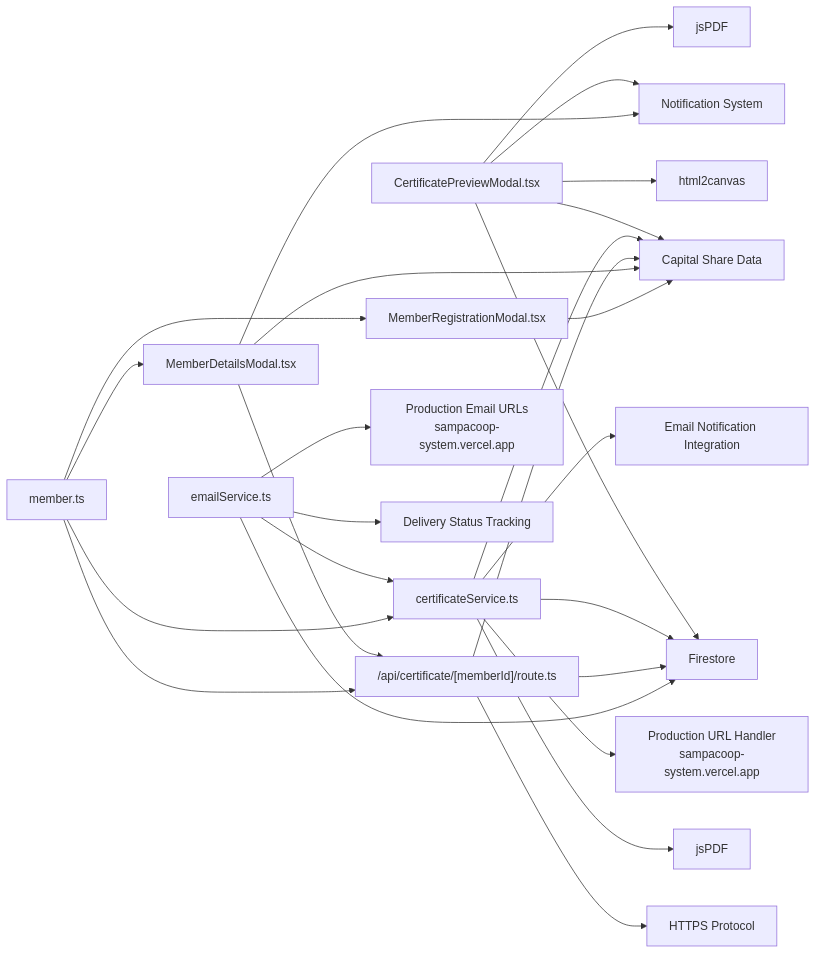
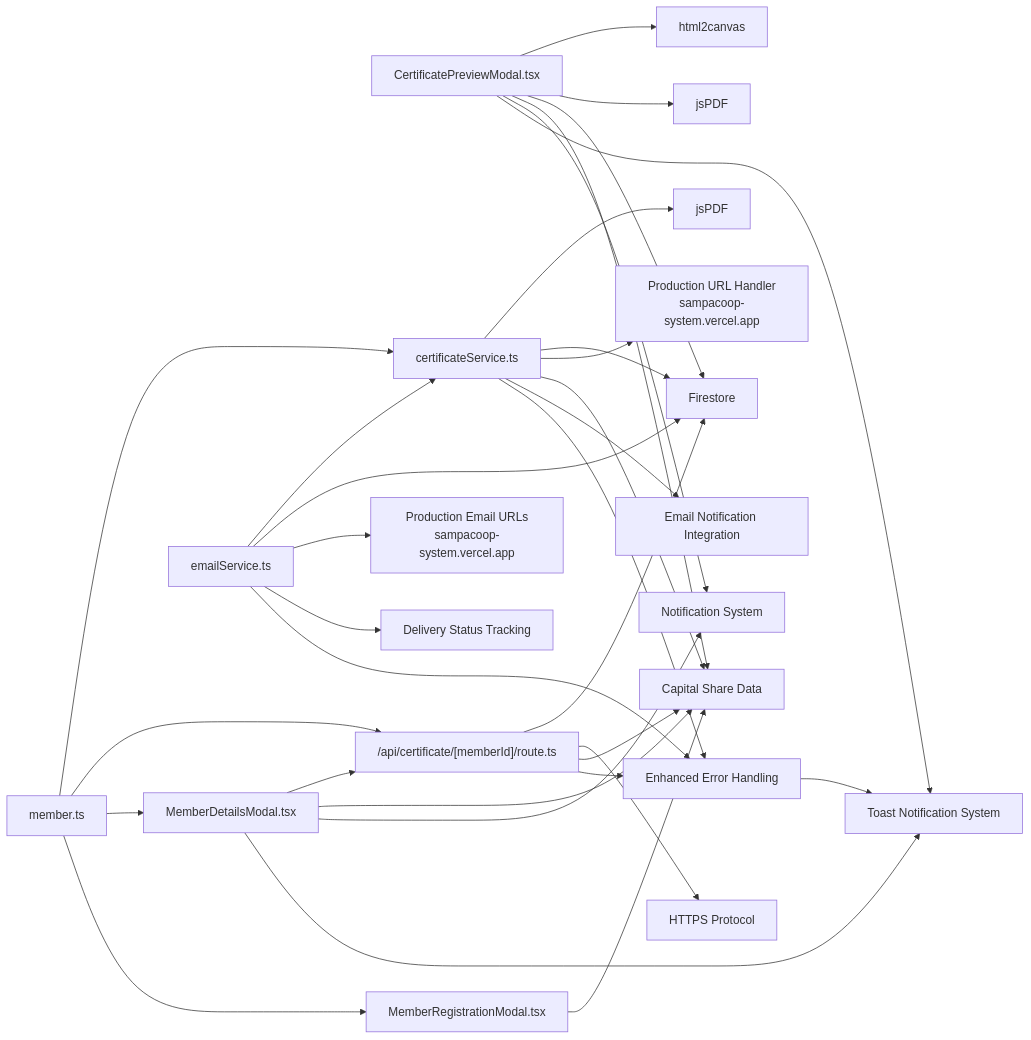
One commit to Unsure-bry/sampacoop_system changed the seventh of 7 diagrams in .qoder/repowiki/en/content/Email & Notification System/Certificate Generation System.md. Above: the diagram before and after it, drawn with Mermaid. The commit also changed other lines of this file and 9 other files, not shown here.

````diff
--- a/.qoder/repowiki/en/content/Email & Notification System/Certificate Generation System.md
+++ b/.qoder/repowiki/en/content/Email & Notification System/Certificate Generation System.md
@@ -686,28 +778,34 @@
 ```mermaid
 graph LR
 Preview["CertificatePreviewModal.tsx"] --> HTML2["html2canvas"]
 Preview --> JSPDF["jsPDF"]
 Preview --> FS["Firestore"]
 Preview --> CapitalShare["Capital Share Data"]
 Preview --> Notifications["Notification System"]
+Preview --> Toast["Toast Notification System"]
 Service["certificateService.ts"] --> JS["jsPDF"]
 Service --> FS
 Service --> ProdURL["Production URL Handler<br/>sampacoop-system.vercel.app"]
 Service --> CapitalShare
 Service --> EmailIntegration["Email Notification Integration"]
+Service --> ErrorHandler["Enhanced Error Handling"]
 API["/api/certificate/[memberId]/route.ts"] --> FS
 API --> HTTPS["HTTPS Protocol"]
 API --> CapitalShare
+API --> ErrorHandler
 MemberDetails["MemberDetailsModal.tsx"] --> API
 MemberDetails --> CapitalShare
 MemberDetails --> Notifications
+MemberDetails --> Toast
 MemberRegistration["MemberRegistrationModal.tsx"] --> CapitalShare
 Email["emailService.ts"] --> Service
 Email --> FS
 Email --> ProdEmail["Production Email URLs<br/>sampacoop-system.vercel.app"]
 Email --> StatusTracking["Delivery Status Tracking"]
+Email --> ErrorHandler
 Types["member.ts"] --> Service
 Types --> API
 Types --> MemberDetails
 Types --> MemberRegistration
+ErrorHandler --> Toast
 ```
````
